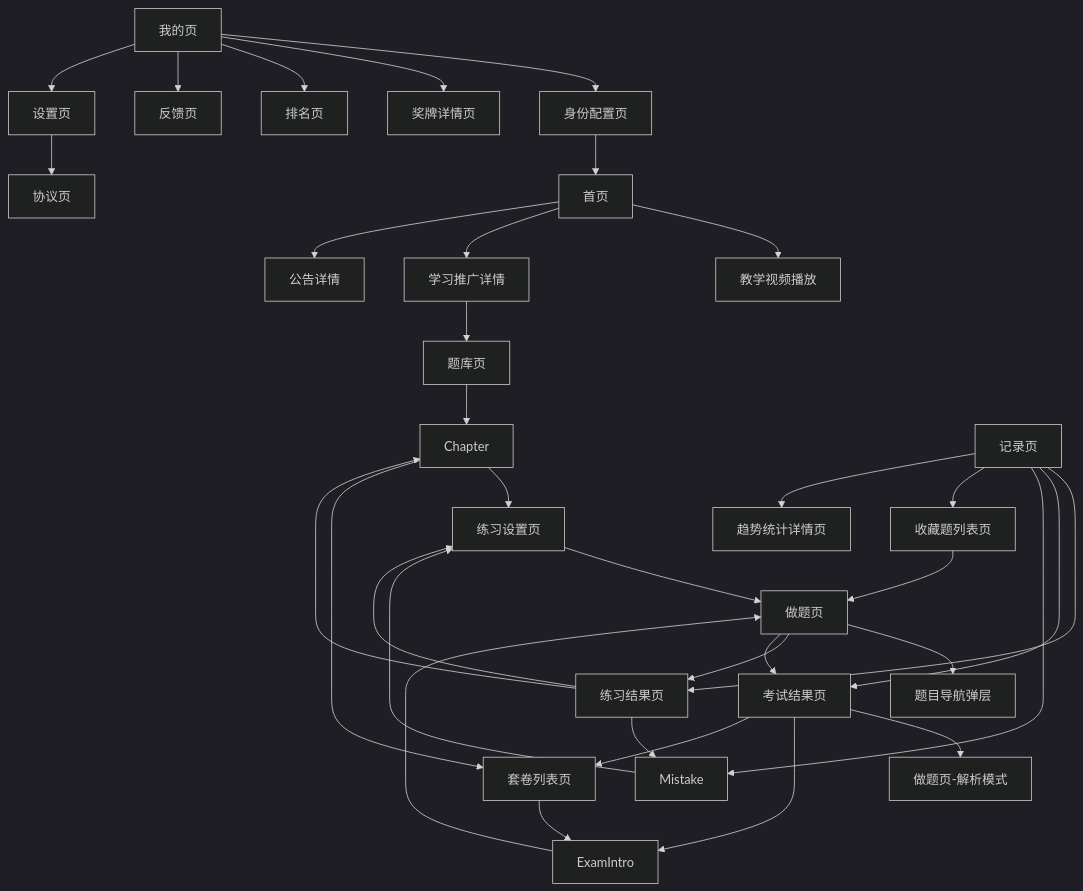
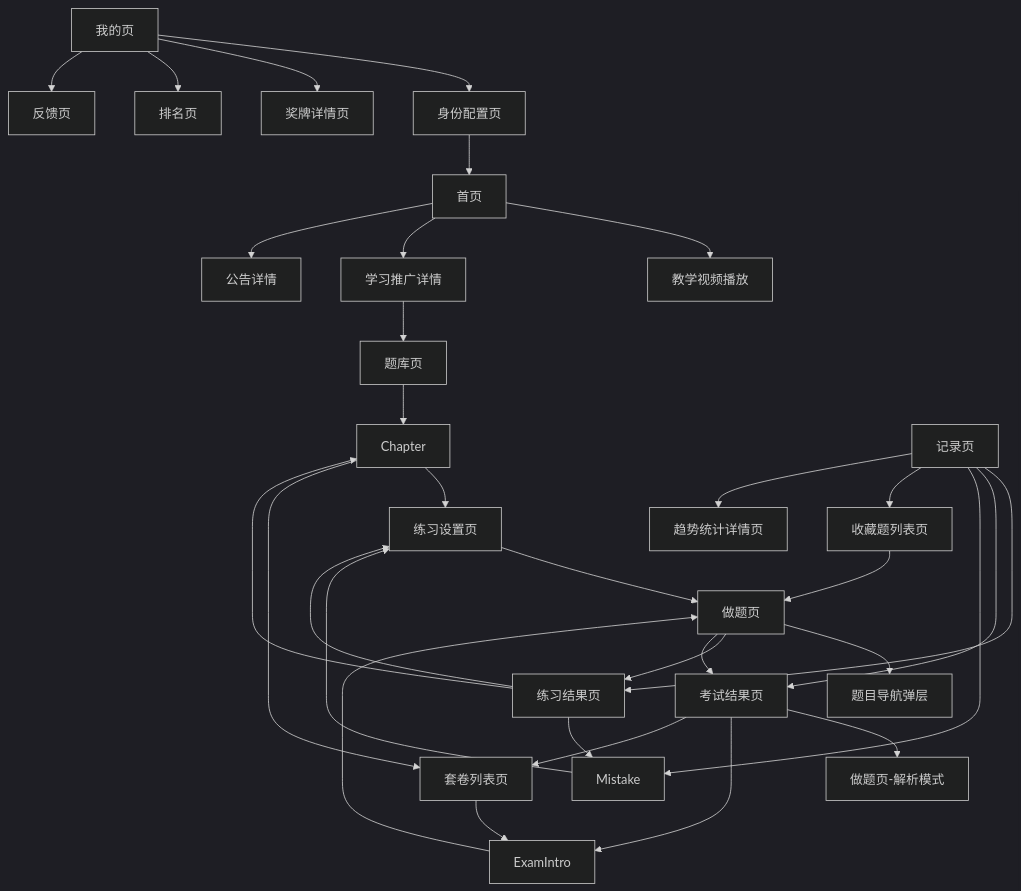
Before and after one commit to luxuyuan-candi/NJY_zuoti_Be: the first of 3 diagrams in docs/miniapp-page-flow-design.md, drawn with Mermaid (dark theme). The commit also changed other lines of this file, not shown here.

Commit message:
Update profile page flow documentation

````diff
--- a/docs/miniapp-page-flow-design.md
+++ b/docs/miniapp-page-flow-design.md
@@ -423,43 +400,41 @@
 ```mermaid
 flowchart TD
   Home["首页"] --> Video["教学视频播放"]
   Home --> Promotion["学习推广详情"]
   Home --> Notice["公告详情"]
   Promotion --> Bank["题库页"]
 
   Bank["题库页"] --> Chapter
   Chapter --> PracticeSettings["练习设置页"]
   Chapter --> PaperList["套卷列表页"]
   PaperList --> ExamIntro
 
   PracticeSettings --> Answer["做题页"]
   ExamIntro --> Answer
   Answer --> QuestionNav["题目导航弹层"]
   Answer --> PracticeResult["练习结果页"]
   Answer --> ExamResult["考试结果页"]
 
   PracticeResult --> Mistake
   PracticeResult --> PracticeSettings
   PracticeResult --> Chapter
 
   ExamResult --> AnswerReview["做题页-解析模式"]
   ExamResult --> ExamIntro
   ExamResult --> PaperList
 
   Record["记录页"] --> PracticeResult
   Record --> ExamResult
   Record --> Mistake
   Record --> Favorite["收藏题列表页"]
   Record --> Trend["趋势统计详情页"]
 
   Profile["我的页"] --> Login["身份配置页"]
   Profile --> Medal["奖牌详情页"]
   Profile --> Ranking["排名页"]
   Profile --> Feedback["反馈页"]
-  Profile --> Settings["设置页"]
 
   Mistake --> PracticeSettings
   Favorite --> Answer
-  Settings --> Agreement["协议页"]
   Login --> Home
 ```
````
